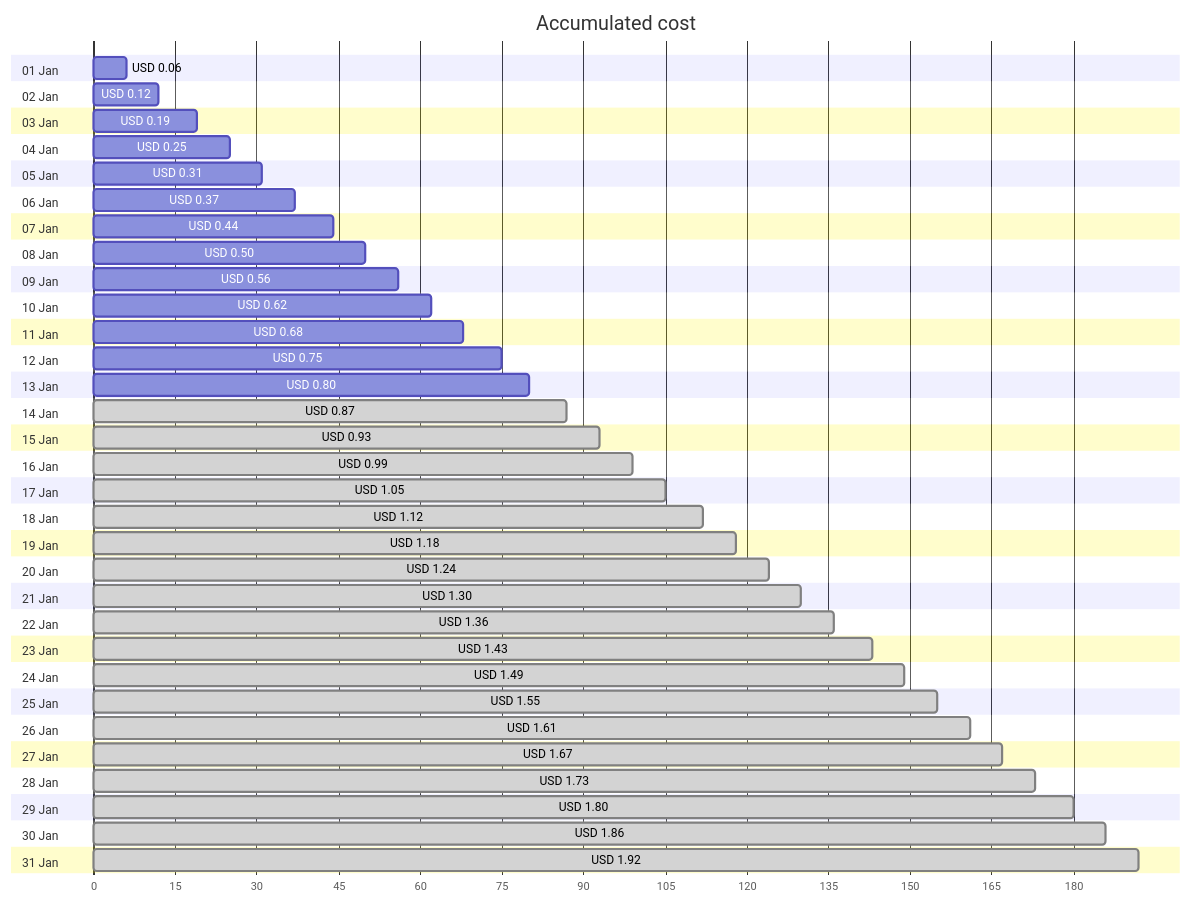
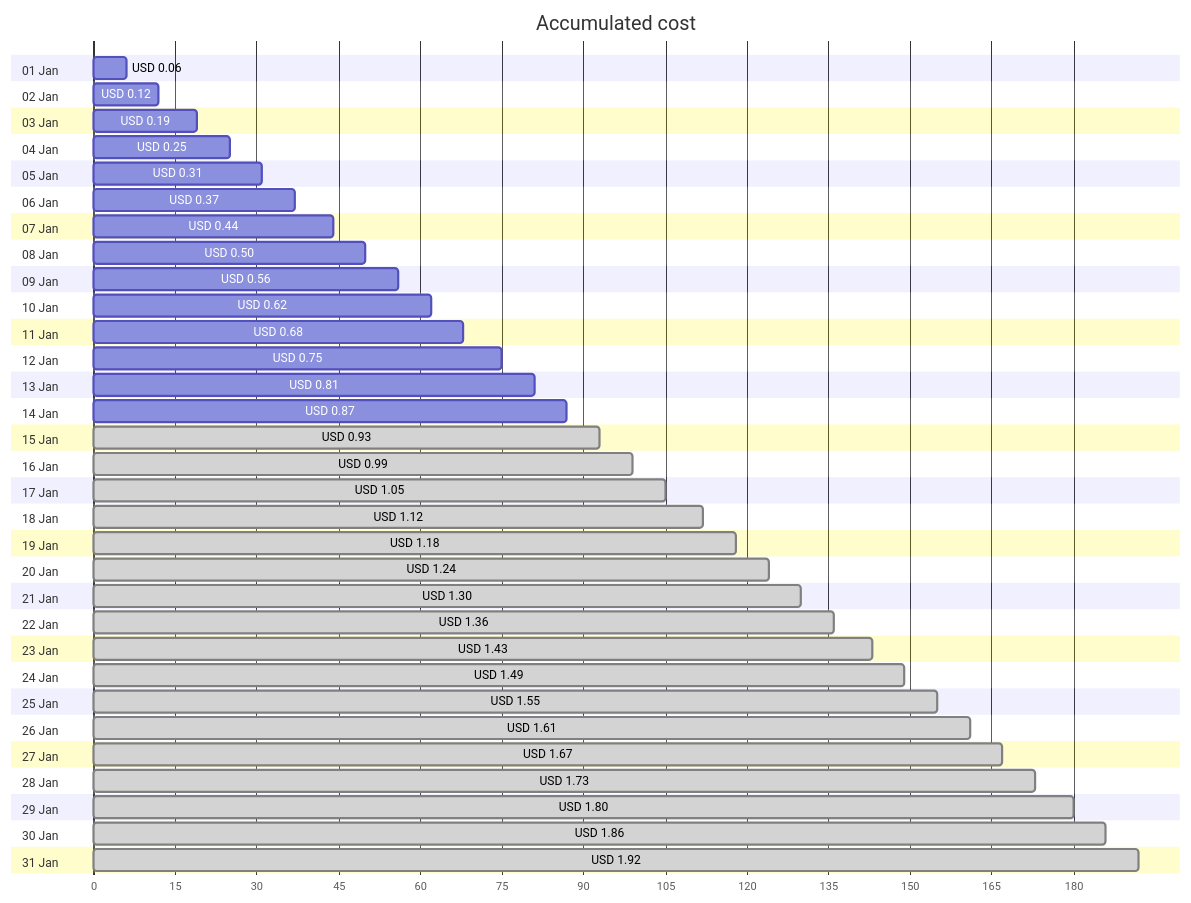
Before and after one commit to jpfulton/azure-personal-reports: the first of 4 diagrams in cost-reports/personal-network/vpn-server_OsDisk.md, drawn with Mermaid. The commit also changed other lines of this file and 8 other files, not shown here.

````diff
--- a/cost-reports/personal-network/vpn-server_OsDisk.md
+++ b/cost-reports/personal-network/vpn-server_OsDisk.md
@@ -20,68 +20,68 @@
 ```mermaid
 gantt
    title Accumulated cost
    dateFormat  X
    axisFormat %s
    section 01 Jan
    USD 0.06 :0, 6
    section 02 Jan
    USD 0.12 :0, 12
    section 03 Jan
    USD 0.19 :0, 19
    section 04 Jan
    USD 0.25 :0, 25
    section 05 Jan
    USD 0.31 :0, 31
    section 06 Jan
    USD 0.37 :0, 37
    section 07 Jan
    USD 0.44 :0, 44
    section 08 Jan
    USD 0.50 :0, 50
    section 09 Jan
    USD 0.56 :0, 56
    section 10 Jan
    USD 0.62 :0, 62
    section 11 Jan
    USD 0.68 :0, 68
    section 12 Jan
    USD 0.75 :0, 75
    section 13 Jan
-   USD 0.80 :0, 80
+   USD 0.81 :0, 81
    section 14 Jan
-   USD 0.87 : done, 0, 87
+   USD 0.87 :0, 87
    section 15 Jan
    USD 0.93 : done, 0, 93
    section 16 Jan
    USD 0.99 : done, 0, 99
    section 17 Jan
    USD 1.05 : done, 0, 105
    section 18 Jan
    USD 1.12 : done, 0, 112
    section 19 Jan
    USD 1.18 : done, 0, 118
    section 20 Jan
    USD 1.24 : done, 0, 124
    section 21 Jan
    USD 1.30 : done, 0, 130
    section 22 Jan
    USD 1.36 : done, 0, 136
    section 23 Jan
    USD 1.43 : done, 0, 143
    section 24 Jan
    USD 1.49 : done, 0, 149
    section 25 Jan
    USD 1.55 : done, 0, 155
    section 26 Jan
    USD 1.61 : done, 0, 161
    section 27 Jan
    USD 1.67 : done, 0, 167
    section 28 Jan
    USD 1.73 : done, 0, 173
    section 29 Jan
    USD 1.80 : done, 0, 180
    section 30 Jan
    USD 1.86 : done, 0, 186
    section 31 Jan
    USD 1.92 : done, 0, 192
 ```
````
